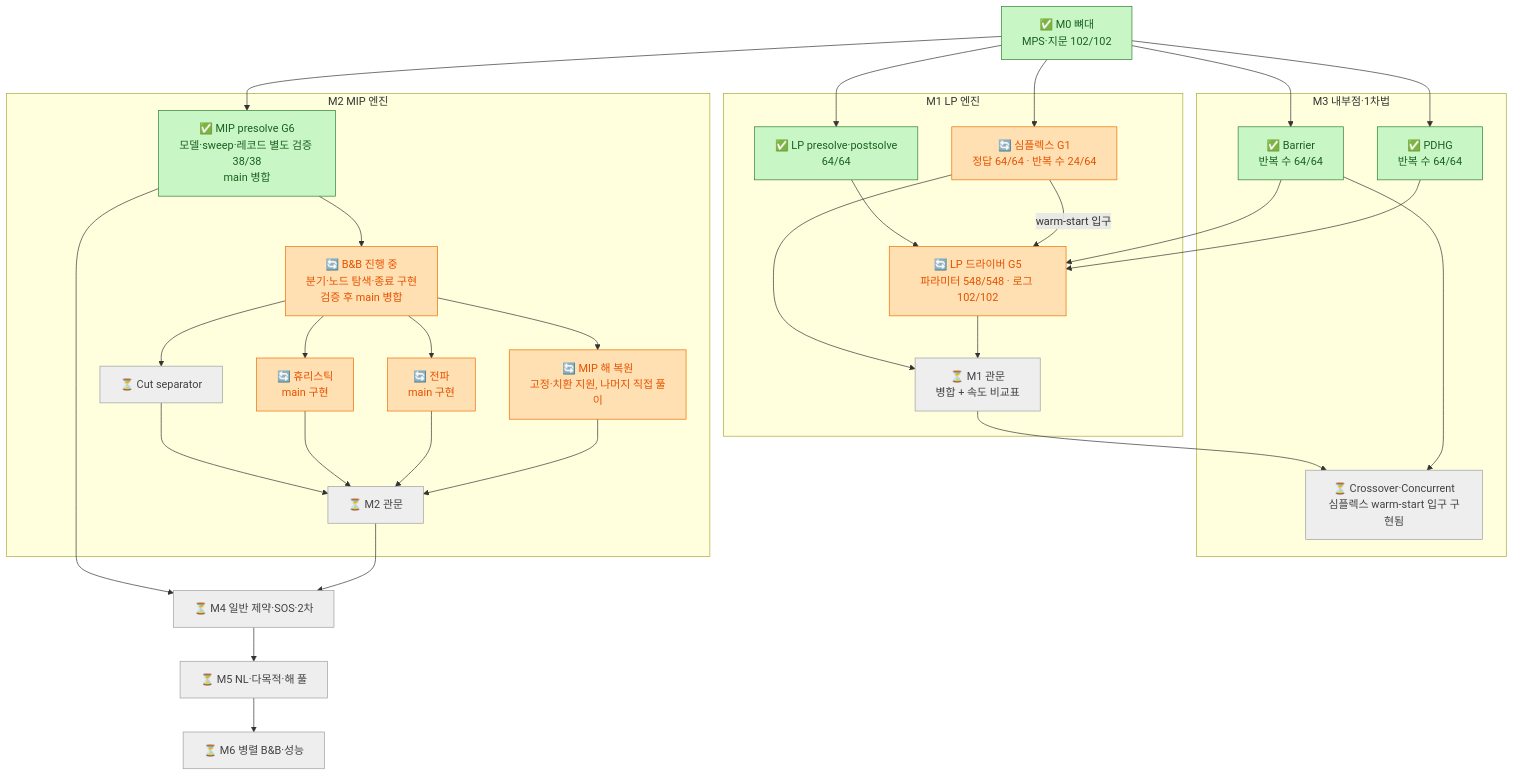
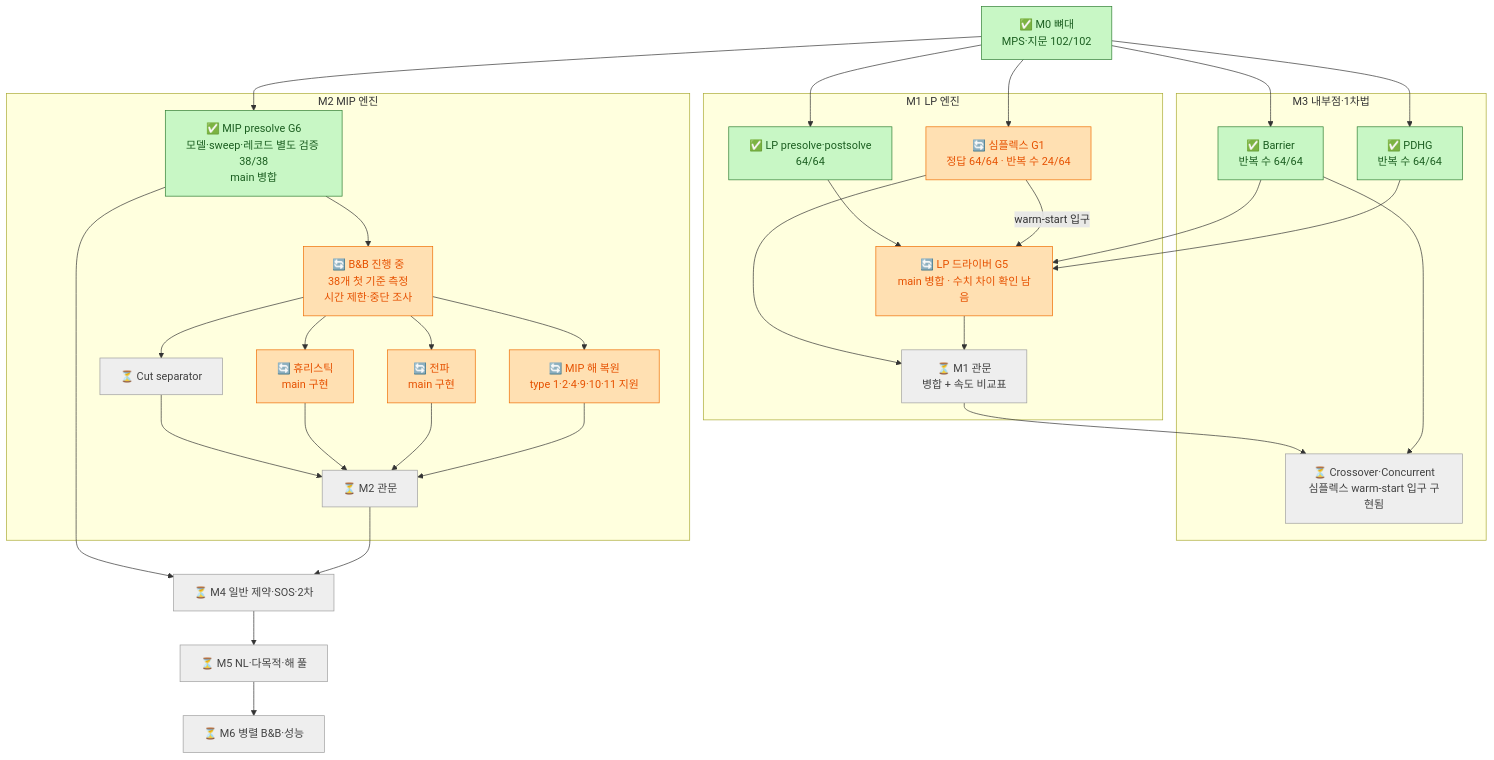
Before and after one commit to kjh278231/kerobi: the diagram in docs/12_roadmap_diagram.md, drawn with Mermaid. The commit also changed other lines of this file and 17 other files, not shown here.

````diff
--- a/docs/12_roadmap_diagram.md
+++ b/docs/12_roadmap_diagram.md
@@ -5,49 +15,49 @@
 ```mermaid
 flowchart TD
     classDef done fill:#c8f7c5,stroke:#2e7d32,color:#1b5e20
     classDef doing fill:#ffe0b2,stroke:#ef6c00,color:#e65100
     classDef pending fill:#bbdefb,stroke:#1565c0,color:#0d47a1
     classDef todo fill:#eeeeee,stroke:#9e9e9e,color:#424242
 
     M0["✅ M0 뼈대<br/>MPS·지문 102/102"]:::done
 
     subgraph M1["M1 LP 엔진"]
         PRE["✅ LP presolve·postsolve<br/>64/64"]:::done
         SPX["🔄 심플렉스 G1<br/>정답 64/64 · 반복 수 24/64"]:::doing
-        DRV["🔄 LP 드라이버 G5<br/>파라미터 548/548 · 로그 102/102"]:::doing
+        DRV["🔄 LP 드라이버 G5<br/>main 병합 · 수치 차이 확인 남음"]:::doing
         GATE1["⏳ M1 관문<br/>병합 + 속도 비교표"]:::todo
     end
 
     subgraph M3["M3 내부점·1차법"]
         BAR["✅ Barrier<br/>반복 수 64/64"]:::done
         PDHG["✅ PDHG<br/>반복 수 64/64"]:::done
         XO["⏳ Crossover·Concurrent<br/>심플렉스 warm-start 입구 구현됨"]:::todo
     end
 
     subgraph M2["M2 MIP 엔진"]
         MPRE["✅ MIP presolve G6<br/>모델·sweep·레코드 별도 검증 38/38<br/>main 병합"]:::done
-        BNB["🔄 B&B 진행 중<br/>분기·노드 탐색·종료 구현<br/>검증 후 main 병합"]:::doing
+        BNB["🔄 B&B 진행 중<br/>38개 첫 기준 측정<br/>시간 제한·중단 조사"]:::doing
         CUT["⏳ Cut separator"]:::todo
         HEU["🔄 휴리스틱<br/>main 구현"]:::doing
         PROP["🔄 전파<br/>main 구현"]:::doing
-        POST["🔄 MIP 해 복원<br/>고정·치환 지원, 나머지 직접 풀이"]:::doing
+        POST["🔄 MIP 해 복원<br/>type 1·2·4·9·10·11 지원"]:::doing
         GATE2["⏳ M2 관문"]:::todo
     end
 
     M4["⏳ M4 일반 제약·SOS·2차"]:::todo
     M5["⏳ M5 NL·다목적·해 풀"]:::todo
     M6["⏳ M6 병렬 B&B·성능"]:::todo
 
     M0 --> PRE & SPX & BAR & PDHG & MPRE
     PRE --> DRV
     BAR & PDHG --> DRV
     SPX -- "warm-start 입구" --> DRV
     SPX & DRV --> GATE1
     GATE1 --> XO
     BAR --> XO
     MPRE --> BNB
     BNB --> CUT & HEU & PROP & POST
     CUT & HEU & PROP & POST --> GATE2
     MPRE --> M4
     GATE2 --> M4 --> M5 --> M6
 ```
````
